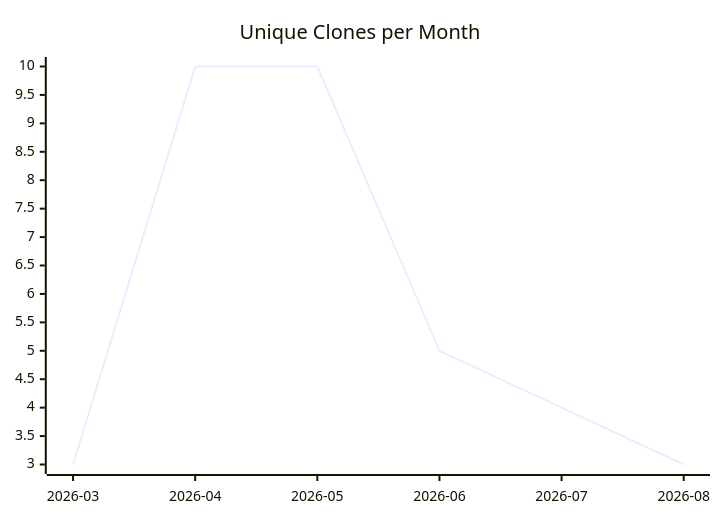
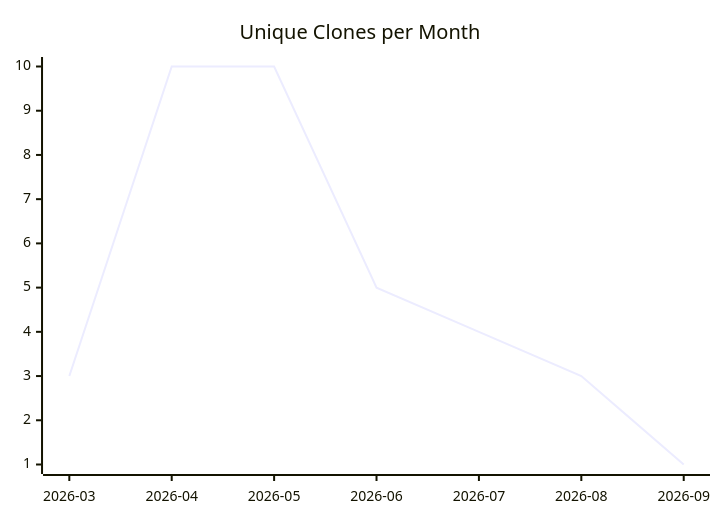
One commit to justdavis-family/github-analytics-data changed the third of 3 diagrams in karlmdavis/can-i-kayak-baltimore/README.md. Above: the diagram before and after it, drawn with Mermaid. The commit also changed other lines of this file and 191 other files, not shown here.

````diff
--- a/karlmdavis/can-i-kayak-baltimore/README.md
+++ b/karlmdavis/can-i-kayak-baltimore/README.md
@@ -19,6 +19,6 @@
 ```mermaid
 xychart-beta
   title "Unique Clones per Month"
-  x-axis ["2026-03", "2026-04", "2026-05", "2026-06", "2026-07", "2026-08"]
-  line [3, 10, 10, 5, 4, 3]
+  x-axis ["2026-03", "2026-04", "2026-05", "2026-06", "2026-07", "2026-08", "2026-09"]
+  line [3, 10, 10, 5, 4, 3, 1]
 ```
````
